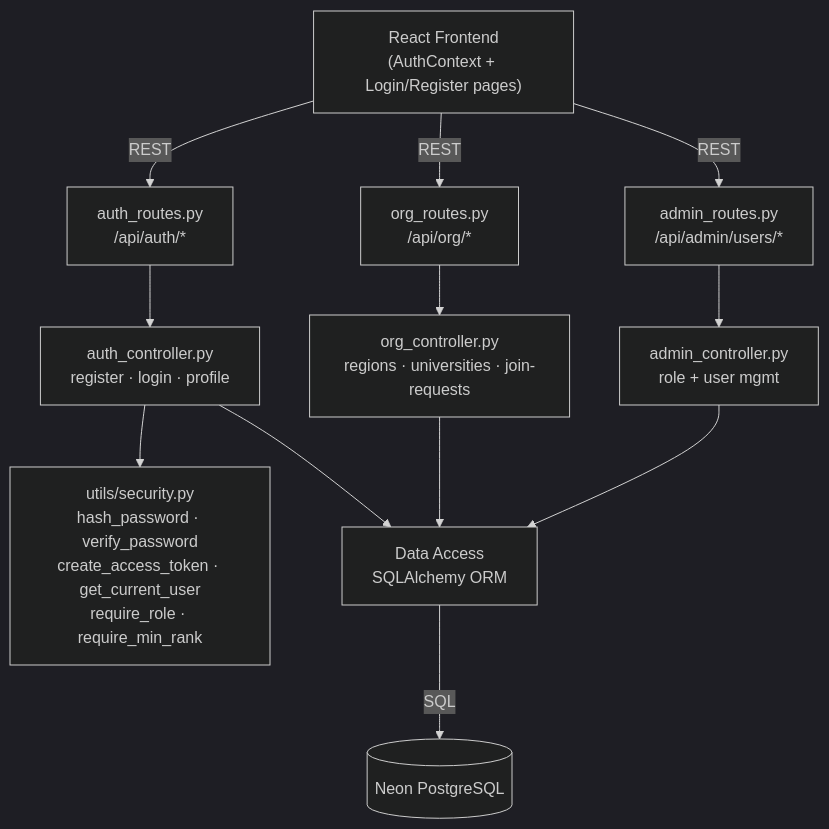
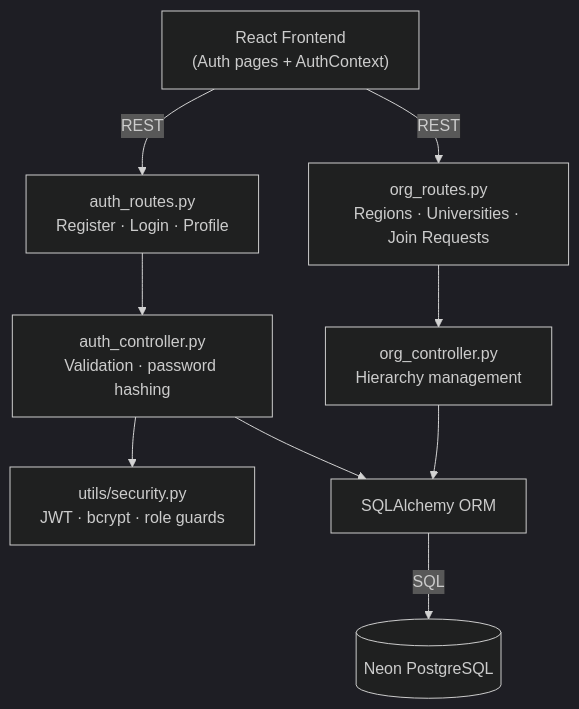
One commit to yazidha09/Hub4Learners changed the first of 3 diagrams in docs/sprints/SPRINT_1.md. Above: the diagram before and after it, drawn with Mermaid (dark theme). The commit also changed other lines of this file and 14 other files, not shown here.

````diff
--- a/docs/sprints/SPRINT_1.md
+++ b/docs/sprints/SPRINT_1.md
@@ -43,14 +43,11 @@
 ```mermaid
 graph TD
-    A["React Frontend<br/>(AuthContext + Login/Register pages)"] -->|REST| B["auth_routes.py<br/>/api/auth/*"]
-    A -->|REST| C["org_routes.py<br/>/api/org/*"]
-    A -->|REST| D["admin_routes.py<br/>/api/admin/users/*"]
-    B --> E["auth_controller.py<br/>register · login · profile"]
-    C --> F["org_controller.py<br/>regions · universities · join-requests"]
-    D --> G["admin_controller.py<br/>role + user mgmt"]
-    E --> H["utils/security.py<br/>hash_password · verify_password<br/>create_access_token · get_current_user<br/>require_role · require_min_rank"]
-    E --> I["Data Access<br/>SQLAlchemy ORM"]
-    F --> I
-    G --> I
-    I -->|SQL| J[("Neon PostgreSQL")]
+    A["React Frontend<br/>(Auth pages + AuthContext)"] -->|REST| B["auth_routes.py<br/>Register · Login · Profile"]
+    A -->|REST| C["org_routes.py<br/>Regions · Universities · Join Requests"]
+    B --> D["auth_controller.py<br/>Validation · password hashing"]
+    C --> E["org_controller.py<br/>Hierarchy management"]
+    D --> F["utils/security.py<br/>JWT · bcrypt · role guards"]
+    D --> G["SQLAlchemy ORM"]
+    E --> G
+    G -->|SQL| H[(Neon PostgreSQL)]
 ```
````
